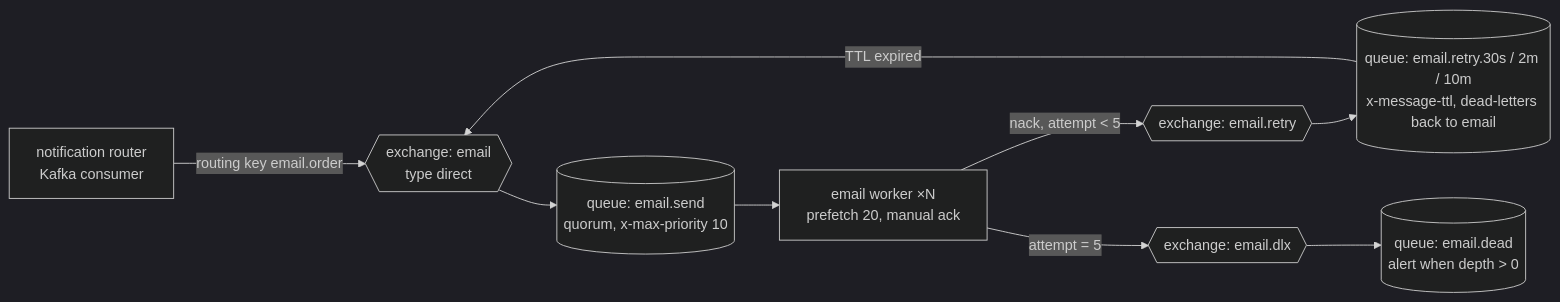
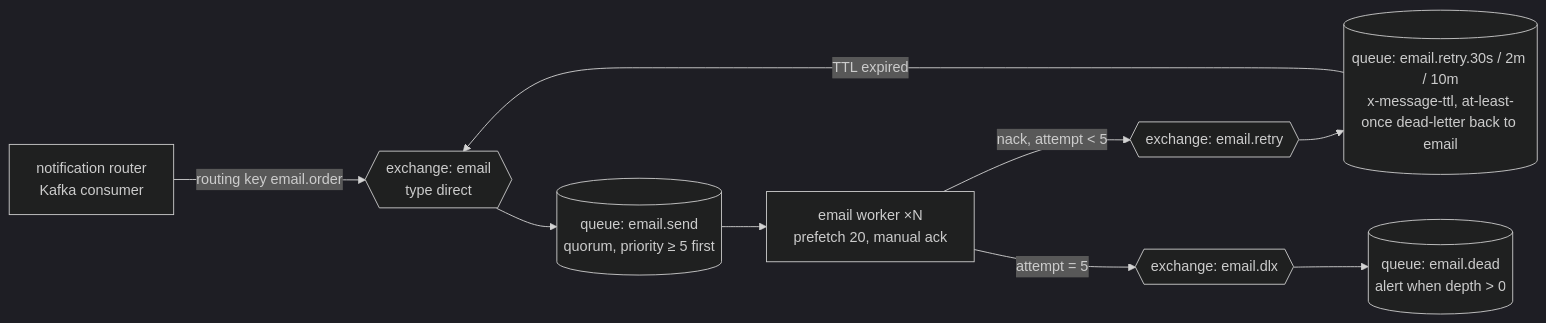
The diagram in e-commerce/design/diagrams/src/database-design--rabbitmq-topology-notification-service.mmd (jk-boot-up/system-design), drawn with Mermaid (dark theme) before and after one commit. The commit also changed 66 other files, not shown here.

```diff
--- a/e-commerce/design/diagrams/src/database-design--rabbitmq-topology-notification-service.mmd
+++ b/e-commerce/design/diagrams/src/database-design--rabbitmq-topology-notification-service.mmd
@@ -1,9 +1,9 @@
 flowchart LR
     R[notification router<br/>Kafka consumer] -->|routing key email.order| X{{exchange: email<br/>type direct}}
-    X --> Q[(queue: email.send<br/>quorum, x-max-priority 10)]
+    X --> Q[(queue: email.send<br/>quorum, priority ≥ 5 first)]
     Q --> W[email worker ×N<br/>prefetch 20, manual ack]
     W -->|nack, attempt < 5| RX{{exchange: email.retry}}
-    RX --> RQ[(queue: email.retry.30s / 2m / 10m<br/>x-message-ttl, dead-letters back to email)]
+    RX --> RQ[(queue: email.retry.30s / 2m / 10m<br/>x-message-ttl, at-least-once dead-letter back to email)]
     RQ -->|TTL expired| X
     W -->|attempt = 5| DX{{exchange: email.dlx}}
     DX --> DQ[(queue: email.dead<br/>alert when depth > 0)]
```
